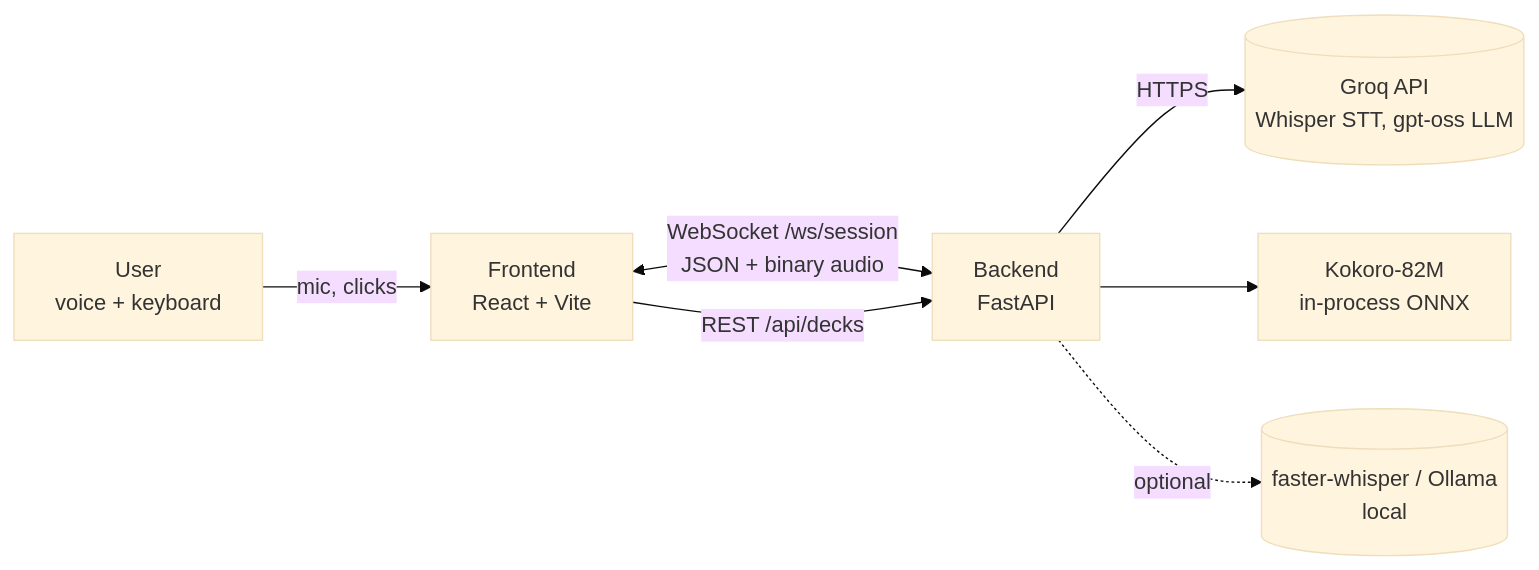
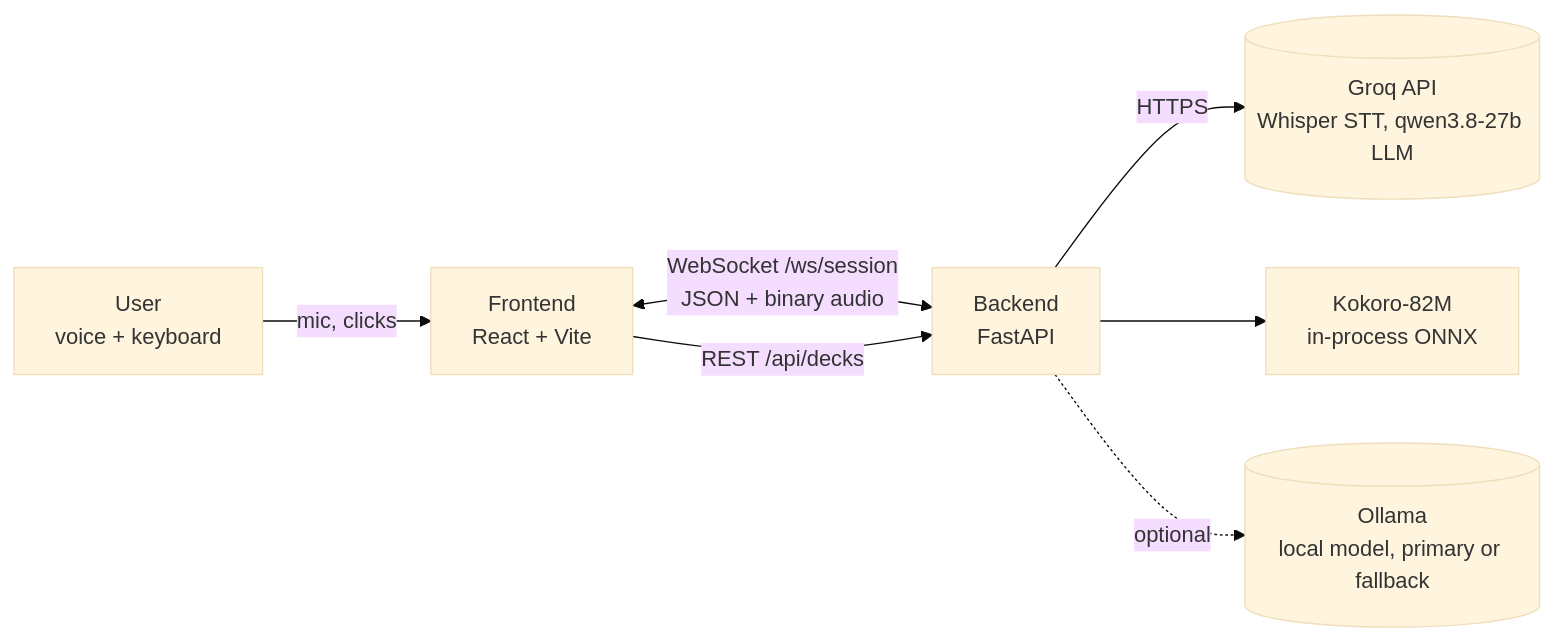
One commit to HarshChin/dynamic-voice-deck changed the first of 5 diagrams in docs/TRD.md. Above: the diagram before and after it, drawn with Mermaid (base theme). The commit also changed other lines of this file and 7 other files, not shown here.

````diff
--- a/docs/TRD.md
+++ b/docs/TRD.md
@@ -32,9 +32,9 @@
 ```mermaid
 flowchart LR
     U[User<br/>voice + keyboard] -->|mic, clicks| FE[Frontend<br/>React + Vite]
     FE <-->|WebSocket /ws/session<br/>JSON + binary audio| BE[Backend<br/>FastAPI]
     FE -->|REST /api/decks| BE
-    BE -->|HTTPS| GROQ[(Groq API<br/>Whisper STT, gpt-oss LLM)]
+    BE -->|HTTPS| GROQ[(Groq API<br/>Whisper STT, qwen3.8-27b LLM)]
     BE --> KOK[Kokoro-82M<br/>in-process ONNX]
-    BE -.->|optional| LOCAL[(faster-whisper / Ollama<br/>local)]
+    BE -.->|optional| LOCAL[(Ollama<br/>local model, primary or fallback)]
 ```
````
